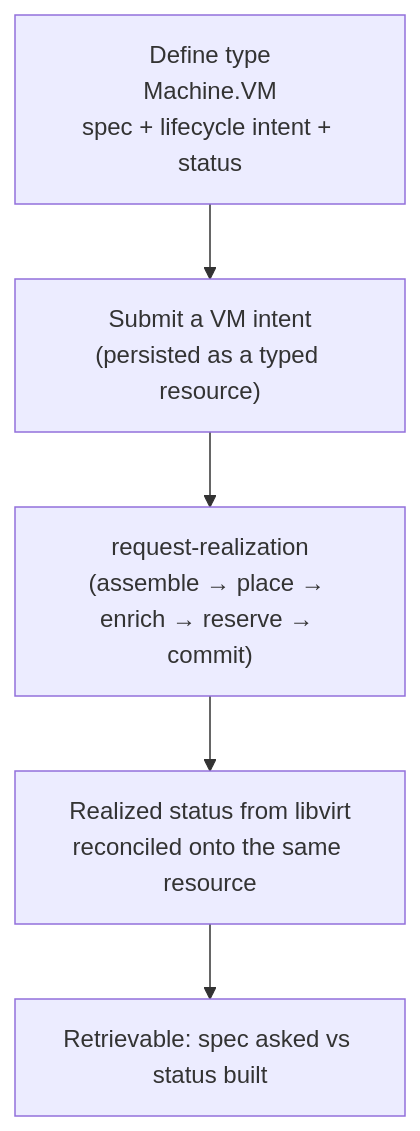
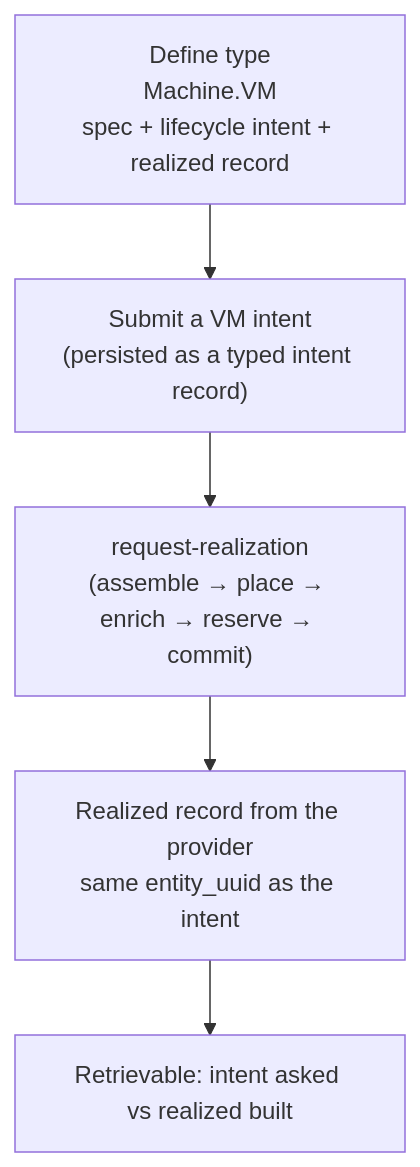
Before and after one commit to croadfeldt/udlm: the diagram in docs/flows/uc-01-vm-resource-representation.md, drawn with Mermaid. The commit also changed other lines of this file and 22 other files, not shown here.

````diff
--- a/docs/flows/uc-01-vm-resource-representation.md
+++ b/docs/flows/uc-01-vm-resource-representation.md
@@ -17,7 +17,7 @@
 ```mermaid
 flowchart TD
-  D["Define type<br/>Machine.VM<br/>spec + lifecycle intent + status"] --> S["Submit a VM intent<br/>(persisted as a typed resource)"]
+  D["Define type<br/>Machine.VM<br/>spec + lifecycle intent + realized record"] --> S["Submit a VM intent<br/>(persisted as a typed intent record)"]
   S --> RR["request-realization<br/>(assemble → place → enrich → reserve → commit)"]
-  RR --> ST["Realized status from libvirt<br/>reconciled onto the same resource"]
-  ST --> Q["Retrievable: spec asked vs status built"]
+  RR --> ST["Realized record from the provider<br/>same entity_uuid as the intent"]
+  ST --> Q["Retrievable: intent asked vs realized built"]
 ```
````
